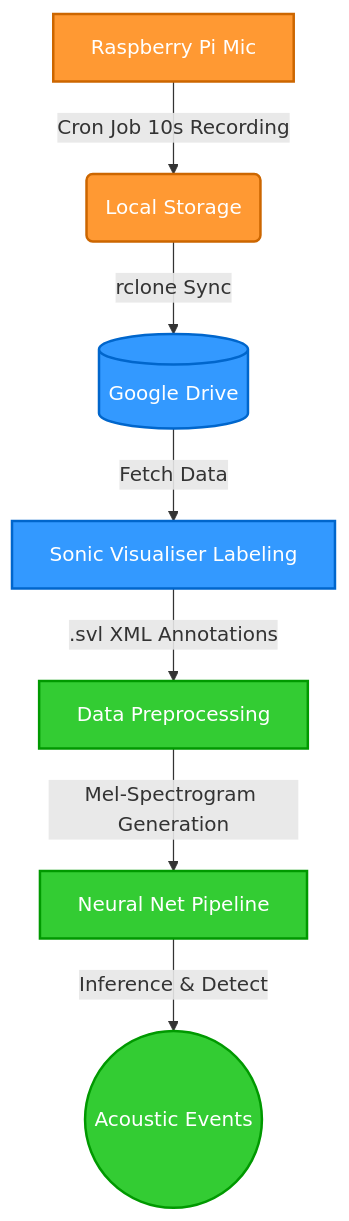
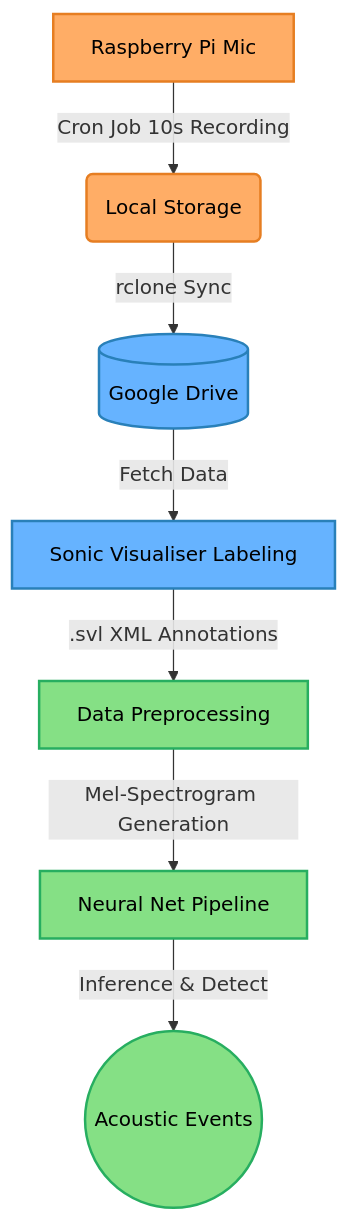
One commit to milanto-hery/bioacoustic-monitoring changed the diagram in README.md. Above: the diagram before and after it, drawn with Mermaid. The commit also changed other lines of this file and 1 other file, not shown here.

Commit message:
Fix Markdown styling and add GitHub Pages theme configuration

````diff
--- a/README.md
+++ b/README.md
@@ -29,15 +29,13 @@
 ```mermaid
 graph TD
-    %% Define Styles
-    classDef hardware fill:#ff9933,stroke:#cc6600,stroke-width:2px,color:#fff
-    classDef data fill:#3399ff,stroke:#0066cc,stroke-width:2px,color:#fff
-    classDef ai fill:#33cc33,stroke:#009900,stroke-width:2px,color:#fff
+    classDef hardware fill:#ffad66,stroke:#e67e22,stroke-width:2px,color:#000
+    classDef data fill:#66b3ff,stroke:#2980b9,stroke-width:2px,color:#000
+    classDef ai fill:#85e085,stroke:#27ae60,stroke-width:2px,color:#000
 
-    %% Nodes
     A[Raspberry Pi Mic]:::hardware -->|Cron Job 10s Recording| B(Local Storage):::hardware
     B -->|rclone Sync| C[(Google Drive)]:::data
     C -->|Fetch Data| D[Sonic Visualiser Labeling]:::data
     D -->|.svl XML Annotations| E[Data Preprocessing]:::ai
     E -->|Mel-Spectrogram Generation| F[Neural Net Pipeline]:::ai
     F -->|Inference & Detect| G((Acoustic Events)):::ai
 ```
````
